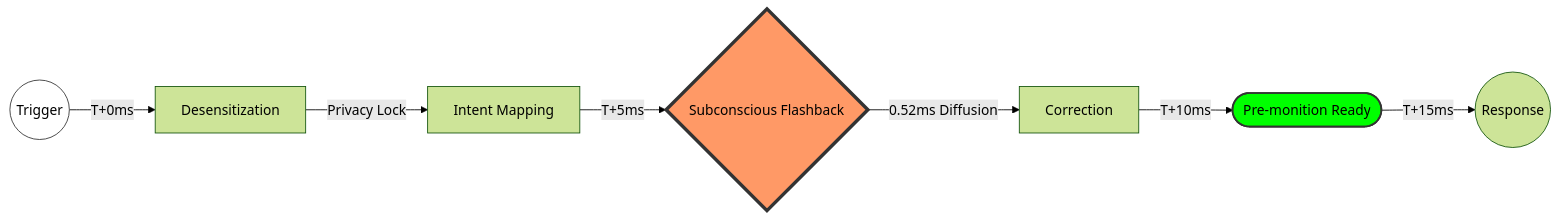
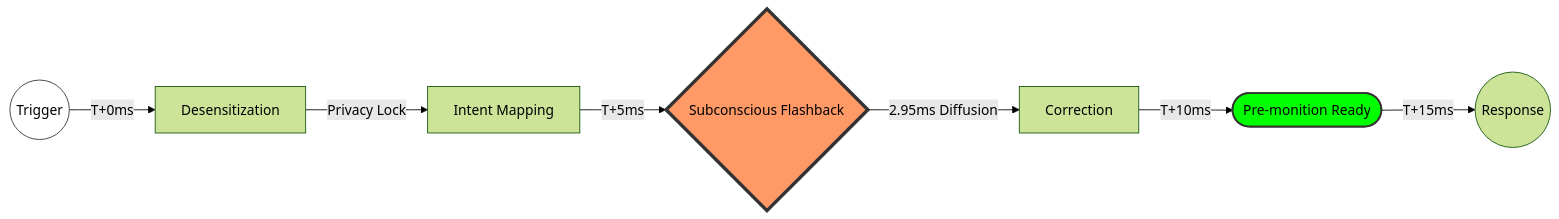
Before and after one commit to YoKONCy/PeroCore: the diagram in README_EN.md, drawn with Mermaid (forest theme). The commit also changed other lines of this file and 6 other files, not shown here.

Commit message:
docs: update architecture docs and refine core performance descriptions

````diff
--- a/README_EN.md
+++ b/README_EN.md
@@ -166,13 +170,13 @@
 ```mermaid
 flowchart LR
     Start((Trigger)) -- T+0ms --> Retina[Desensitization]
     Retina -- "Privacy Lock" --> Aura[Intent Mapping]
     Aura -- T+5ms --> Flashback{Subconscious Flashback}
-    Flashback -- "0.52ms Diffusion" --> Topology[Correction]
+    Flashback -- "2.95ms Diffusion" --> Topology[Correction]
     Topology -- T+10ms --> Ready([Pre-monition Ready])
     Ready -- T+15ms --> User((Response))
 
     style Flashback fill:#f96,stroke:#333,stroke-width:4px
     style Ready fill:#00ff00,stroke:#333,stroke-width:2px
     style Start fill:#fff,stroke:#333
 ```
````
